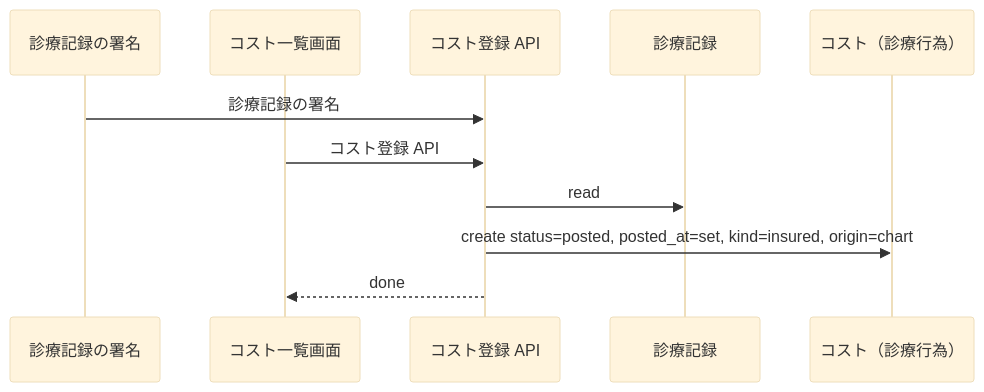
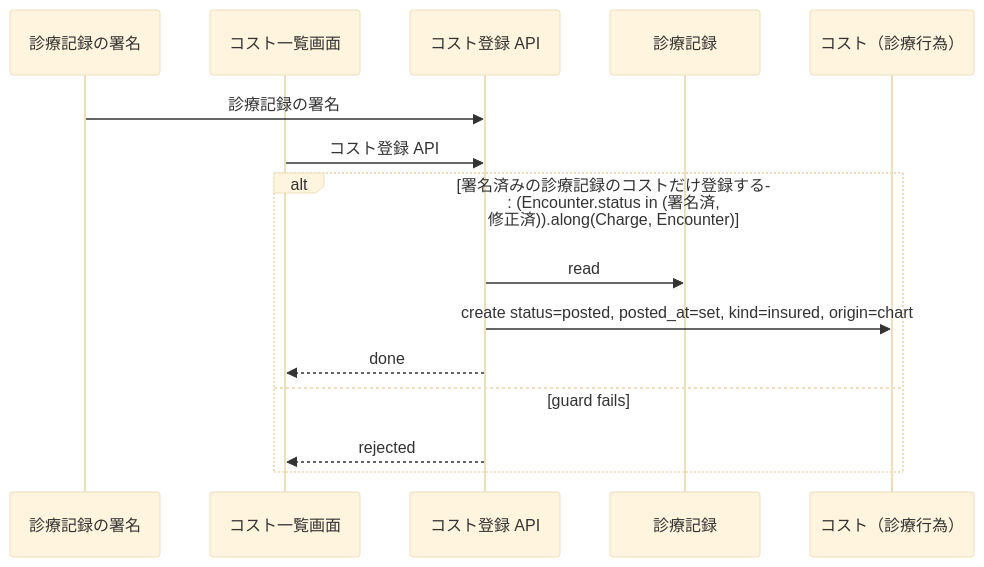
Before and after one commit to manji-0/rdra-ish-dsl: the diagram in samples/clinic-ops/out/uc/sequence_CreateCharge.mmd, drawn with Mermaid (base theme). The commit also changed 8 other files, not shown here.

First line of the commit message:
fix(samples): guard clinic-ops CreateCharge on a signed encounter

```diff
--- a/samples/clinic-ops/out/uc/sequence_CreateCharge.mmd
+++ b/samples/clinic-ops/out/uc/sequence_CreateCharge.mmd
@@ -1,14 +1,18 @@
 %% rdra-ish diagram=sequence scope=usecase:CreateCharge model=samples/clinic-ops
 %% kinds: usecase screen api entity
-%% omitted: buc medium event
+%% omitted: buc medium event condition
 sequenceDiagram
   participant usecase__SignEncounter as 診療記録の署名
   participant screen__ChargeWorklistScreen as コスト一覧画面
   participant api__CreateChargeApi as コスト登録 API
   participant entity__Encounter as 診療記録
   participant entity__Charge as コスト（診療行為）
   usecase__SignEncounter ->> api__CreateChargeApi: 診療記録の署名
   screen__ChargeWorklistScreen ->> api__CreateChargeApi: コスト登録 API
-  api__CreateChargeApi ->> entity__Encounter: read
-  api__CreateChargeApi ->> entity__Charge: create status=posted, posted_at=set, kind=insured, origin=chart
-  api__CreateChargeApi -->> screen__ChargeWorklistScreen: done
+  alt 署名済みの診療記録のコストだけ登録する: (Encounter.status in (署名済, 修正済)).along(Charge, Encounter)
+    api__CreateChargeApi ->> entity__Encounter: read
+    api__CreateChargeApi ->> entity__Charge: create status=posted, posted_at=set, kind=insured, origin=chart
+    api__CreateChargeApi -->> screen__ChargeWorklistScreen: done
+  else guard fails
+    api__CreateChargeApi -->> screen__ChargeWorklistScreen: rejected
+  end
```
